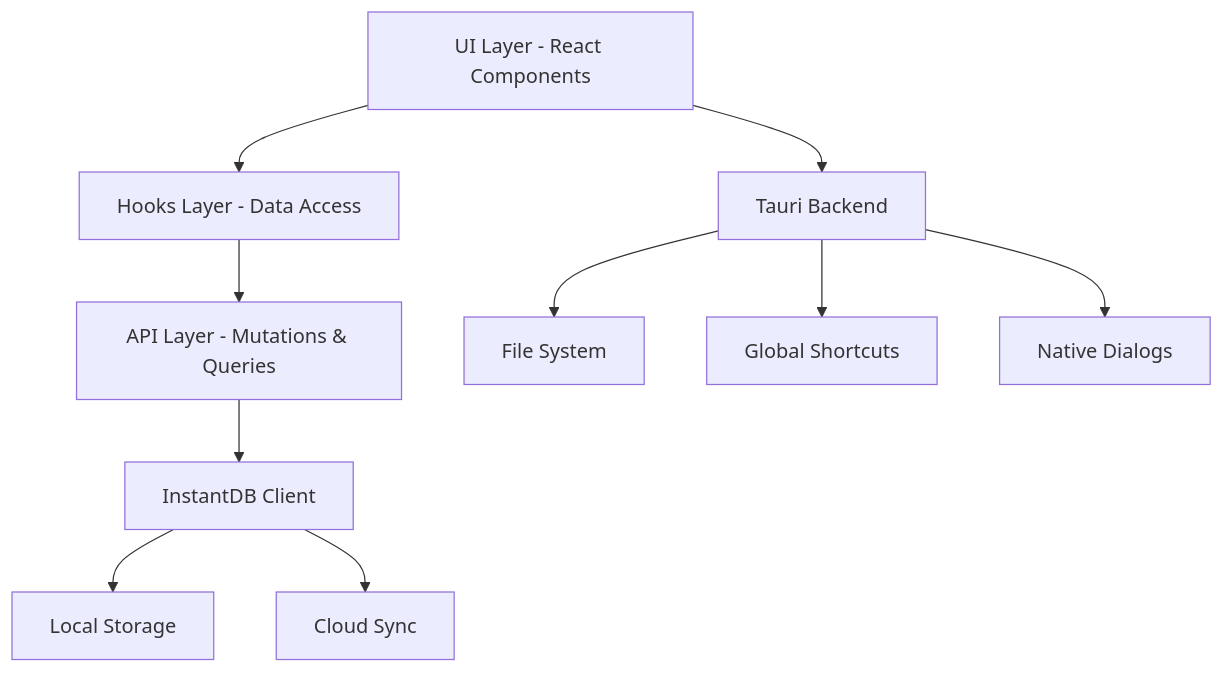
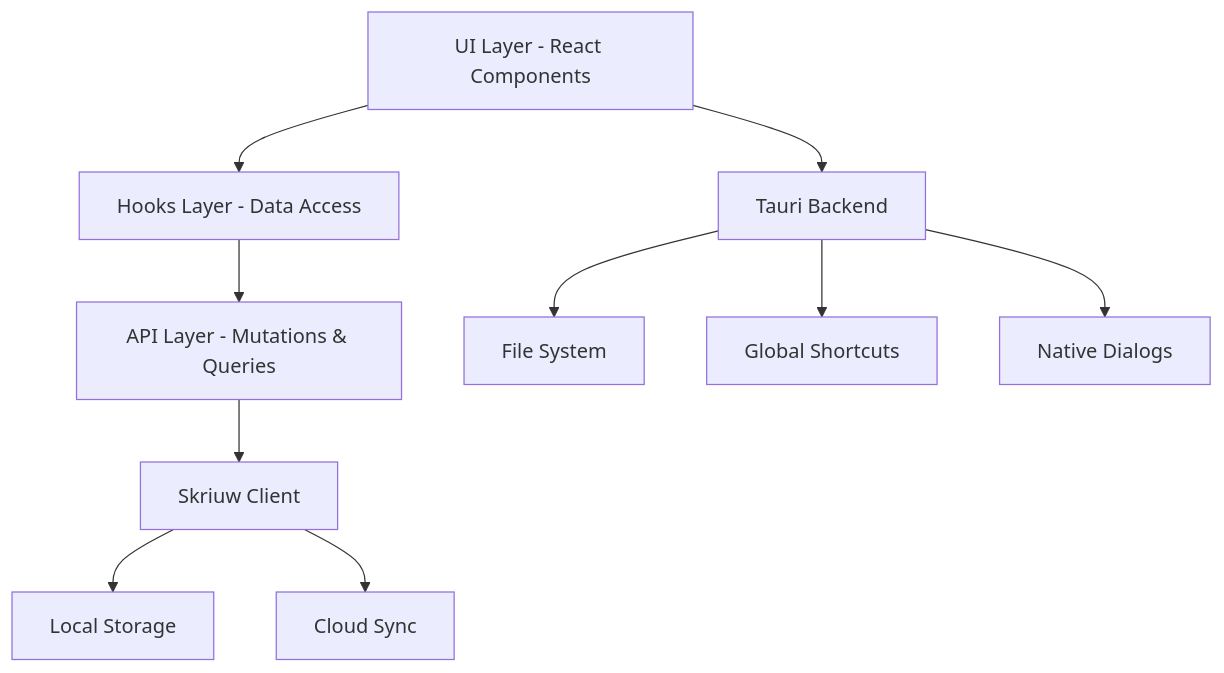
One commit to remcostoeten/skriuw changed the diagram in apps/docs/content/docs/app/architecture.mdx. Above: the diagram before and after it, drawn with Mermaid. The commit also changed other lines of this file and 63 other files, not shown here.

First line of the commit message:
chore: refactor project structure and update references from InstantDB to Skriuw

````diff
--- a/apps/docs/content/docs/app/architecture.mdx
+++ b/apps/docs/content/docs/app/architecture.mdx
@@ -12,20 +12,20 @@
 ```mermaid
 graph TB
     UI[UI Layer - React Components]
     Hooks[Hooks Layer - Data Access]
     API[API Layer - Mutations & Queries]
-    InstantDB[InstantDB Client]
+    Skriuw[Skriuw Client]
     Tauri[Tauri Backend]
     
     UI --> Hooks
     Hooks --> API
-    API --> InstantDB
+    API --> Skriuw
     UI --> Tauri
     
-    InstantDB --> LocalDB[Local Storage]
-    InstantDB --> Cloud[Cloud Sync]
+    Skriuw --> LocalDB[Local Storage]
+    Skriuw --> Cloud[Cloud Sync]
     
     Tauri --> FS[File System]
     Tauri --> Shortcuts[Global Shortcuts]
     Tauri --> Dialog[Native Dialogs]
 ```
````
